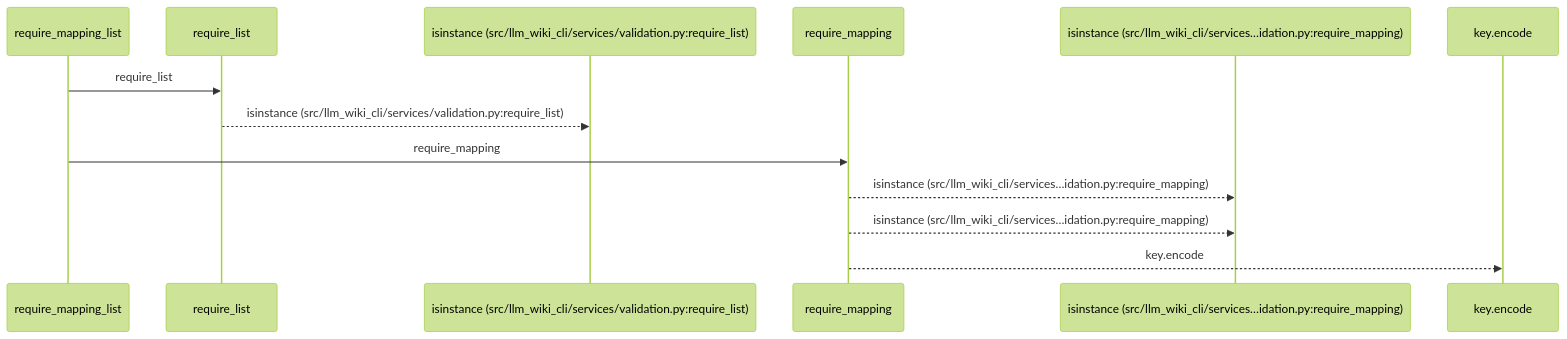
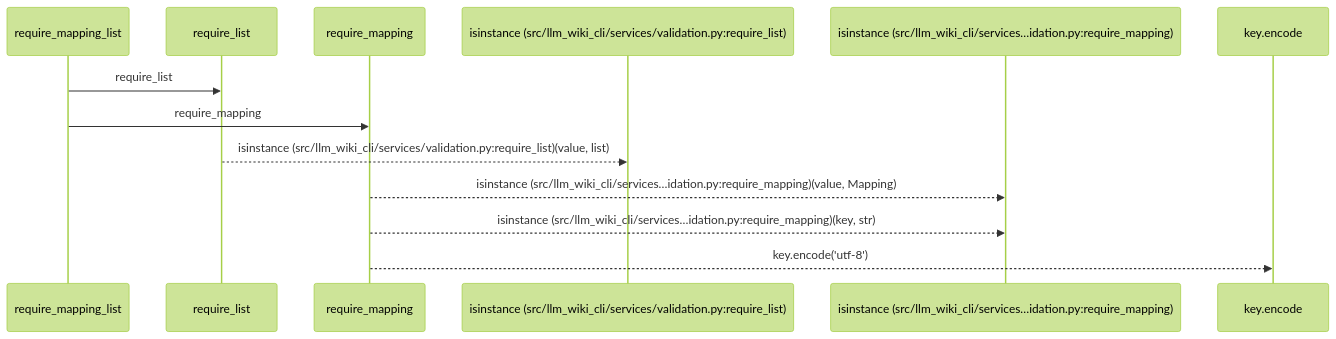
Before and after one commit to Denissvgn/python-wiki-llm: the first of 2 diagrams in docs/llm_wiki/flows/api-require_mapping_list.md, drawn with Mermaid (forest theme). The commit also changed other lines of this file and 1410 other files, not shown here.

````diff
--- a/docs/llm_wiki/flows/api-require_mapping_list.md
+++ b/docs/llm_wiki/flows/api-require_mapping_list.md
@@ -10,15 +12,15 @@
 ```mermaid
 sequenceDiagram
     participant p0 as require_mapping_list
     participant p1 as require_list
-    participant p2 as isinstance (src/llm_wiki_cli/services/validation.py:require_list)
-    participant p3 as require_mapping
+    participant p2 as require_mapping
+    participant p3 as isinstance (src/llm_wiki_cli/services/validation.py:require_list)
     participant p4 as isinstance (src/llm_wiki_cli/services…idation.py:require_mapping)
     participant p5 as key.encode
     p0->>p1: require_list
-    p1-->>p2: isinstance (src/llm_wiki_cli/services/validation.py:require_list)
-    p0->>p3: require_mapping
-    p3-->>p4: isinstance (src/llm_wiki_cli/services…idation.py:require_mapping)
-    p3-->>p4: isinstance (src/llm_wiki_cli/services…idation.py:require_mapping)
-    p3-->>p5: key.encode
+    p0->>p2: require_mapping
+    p1-->>p3: isinstance (src/llm_wiki_cli/services/validation.py:require_list)(value, list)
+    p2-->>p4: isinstance (src/llm_wiki_cli/services…idation.py:require_mapping)(value, Mapping)
+    p2-->>p4: isinstance (src/llm_wiki_cli/services…idation.py:require_mapping)(key, str)
+    p2-->>p5: key.encode('utf-8')
 ```
````
